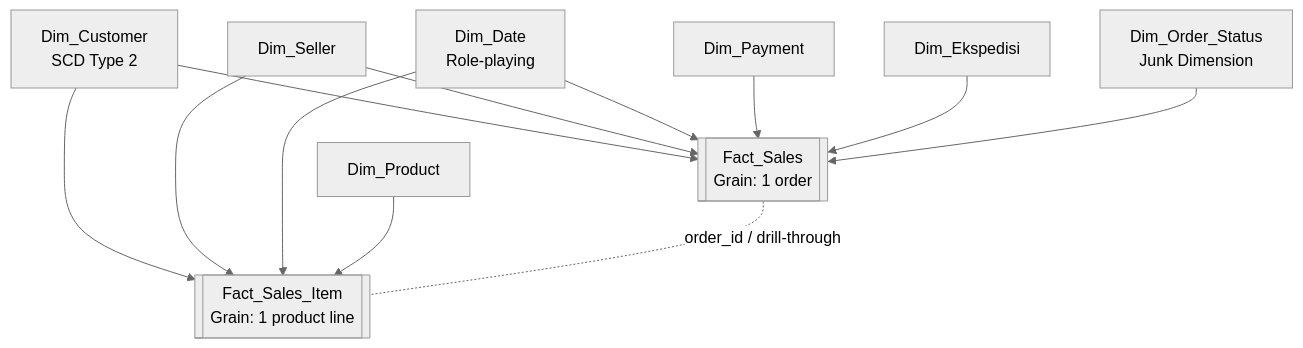
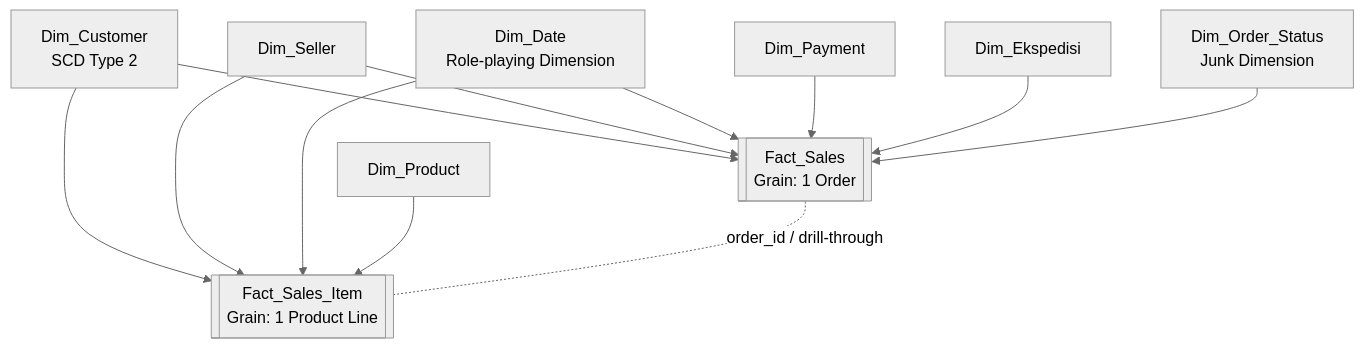
Before and after one commit to BungHasan/ecommerce-data-warehouse-bi: the second of 2 diagrams in README.md, drawn with Mermaid (neutral theme). The commit also changed other lines of this file, not shown here.

````diff
--- a/README.md
+++ b/README.md
@@ -120,27 +488,29 @@
 ```mermaid
 flowchart TB
+
     DC["Dim_Customer<br/>SCD Type 2"]
     DS["Dim_Seller"]
-    DD["Dim_Date<br/>Role-playing"]
+    DD["Dim_Date<br/>Role-playing Dimension"]
     DPAY["Dim_Payment"]
     DE["Dim_Ekspedisi"]
     DOS["Dim_Order_Status<br/>Junk Dimension"]
     DPR["Dim_Product"]
 
-    FS[["Fact_Sales<br/>Grain: 1 order"]]
-    FI[["Fact_Sales_Item<br/>Grain: 1 product line"]]
+    FS[["Fact_Sales<br/>Grain: 1 Order"]]
+
+    FI[["Fact_Sales_Item<br/>Grain: 1 Product Line"]]
 
     DC --> FS
     DS --> FS
     DD --> FS
     DPAY --> FS
     DE --> FS
     DOS --> FS
 
     DC --> FI
     DS --> FI
     DD --> FI
     DPR --> FI
 
     FS -. "order_id / drill-through" .- FI
 ```
````
